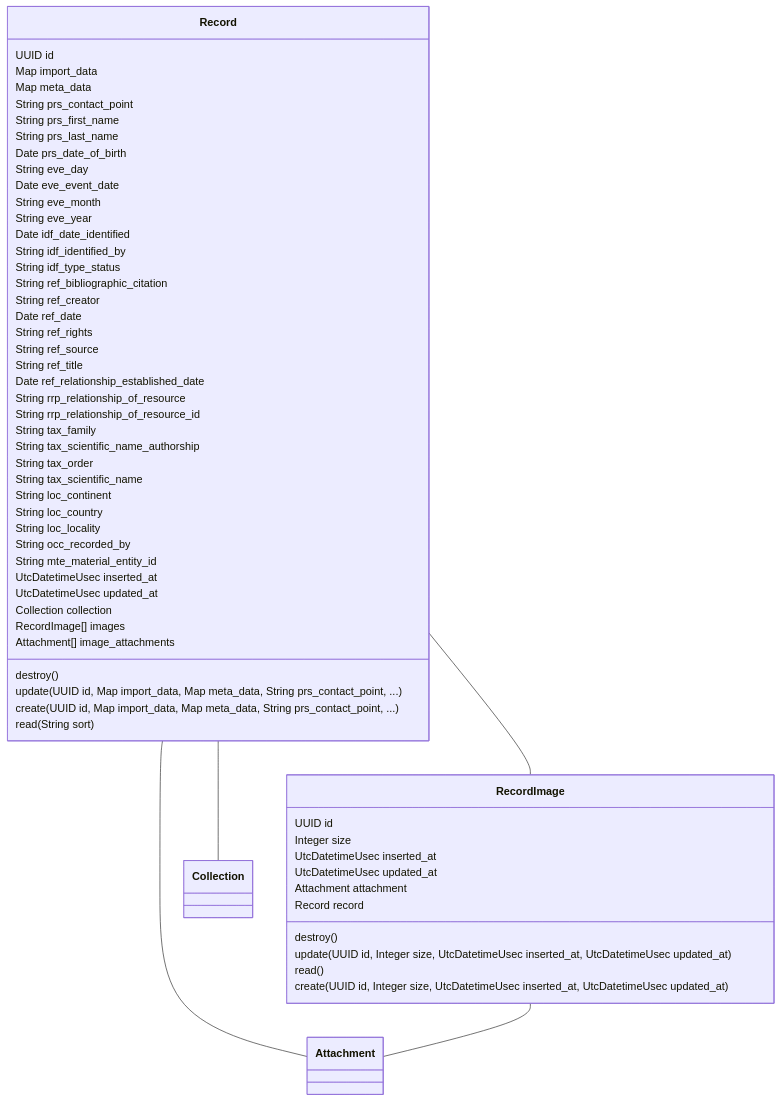
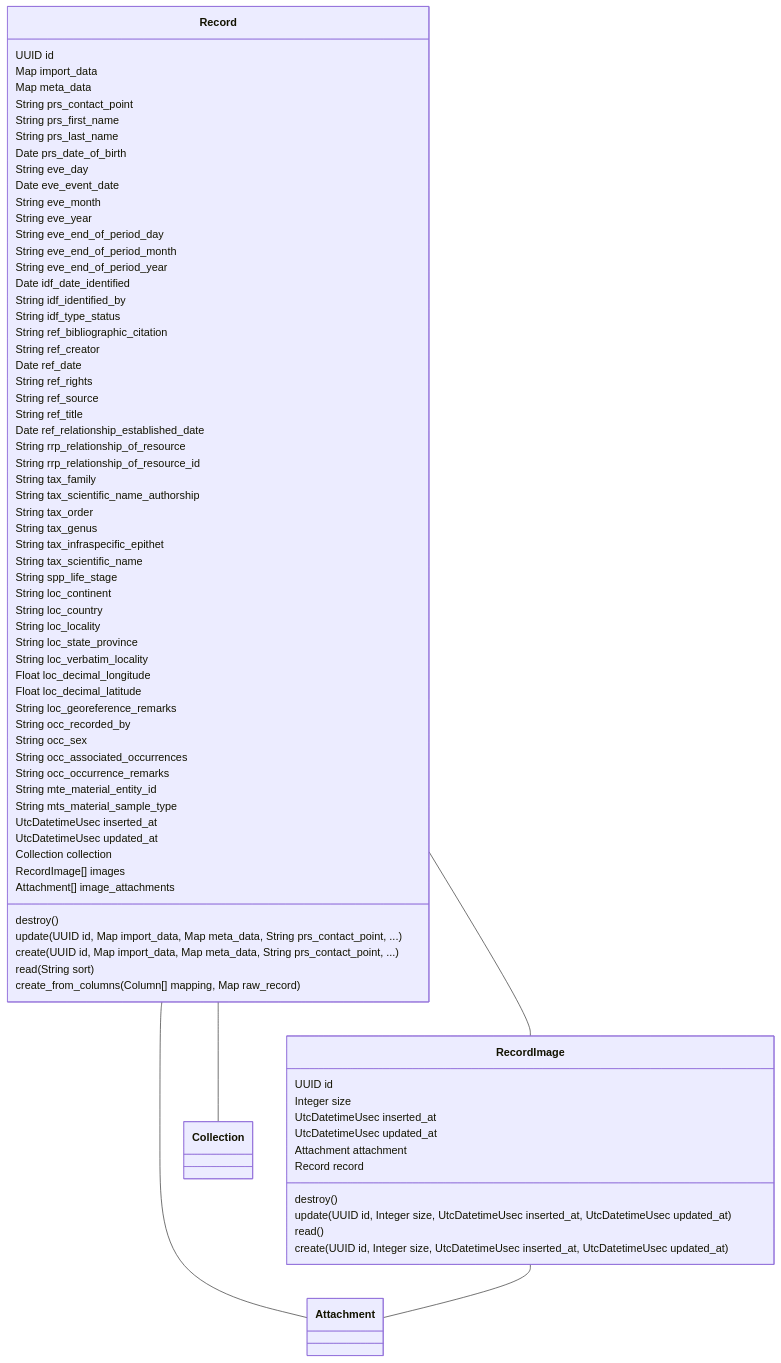
The diagram in lib/data_aggregator/data/data-mermaid-class-diagram.md (zebbra/data_aggregator), drawn with Mermaid before and after one commit. The commit also changed 15 other files, not shown here.

Commit message:
mapping importing values to column structs during import; changeset mutations for import via columns; new test-data; necessary data model changes for record resource; test

````diff
--- a/lib/data_aggregator/data/data-mermaid-class-diagram.md
+++ b/lib/data_aggregator/data/data-mermaid-class-diagram.md
@@ -1,64 +1,80 @@
 ```mermaid
 classDiagram
     class Record {
         UUID id
         Map import_data
         Map meta_data
         String prs_contact_point
         String prs_first_name
         String prs_last_name
         Date prs_date_of_birth
         String eve_day
         Date eve_event_date
         String eve_month
         String eve_year
+        String eve_end_of_period_day
+        String eve_end_of_period_month
+        String eve_end_of_period_year
         Date idf_date_identified
         String idf_identified_by
         String idf_type_status
         String ref_bibliographic_citation
         String ref_creator
         Date ref_date
         String ref_rights
         String ref_source
         String ref_title
         Date ref_relationship_established_date
         String rrp_relationship_of_resource
         String rrp_relationship_of_resource_id
         String tax_family
         String tax_scientific_name_authorship
         String tax_order
+        String tax_genus
+        String tax_infraspecific_epithet
         String tax_scientific_name
+        String spp_life_stage
         String loc_continent
         String loc_country
         String loc_locality
+        String loc_state_province
+        String loc_verbatim_locality
+        Float loc_decimal_longitude
+        Float loc_decimal_latitude
+        String loc_georeference_remarks
         String occ_recorded_by
+        String occ_sex
+        String occ_associated_occurrences
+        String occ_occurrence_remarks
         String mte_material_entity_id
+        String mts_material_sample_type
         UtcDatetimeUsec inserted_at
         UtcDatetimeUsec updated_at
         Collection collection
         RecordImage[] images
         Attachment[] image_attachments
         destroy()
         update(UUID id, Map import_data, Map meta_data, String prs_contact_point, ...)
         create(UUID id, Map import_data, Map meta_data, String prs_contact_point, ...)
         read(String sort)
+        create_from_columns(Column[] mapping, Map raw_record)
     }
     class RecordImage {
         UUID id
         Integer size
         UtcDatetimeUsec inserted_at
         UtcDatetimeUsec updated_at
         Attachment attachment
         Record record
         destroy()
         update(UUID id, Integer size, UtcDatetimeUsec inserted_at, UtcDatetimeUsec updated_at)
         read()
         create(UUID id, Integer size, UtcDatetimeUsec inserted_at, UtcDatetimeUsec updated_at)
     }
 
     Record -- RecordImage
     Record -- Attachment
     Record -- Collection
     RecordImage -- Attachment
 
 ```
````
